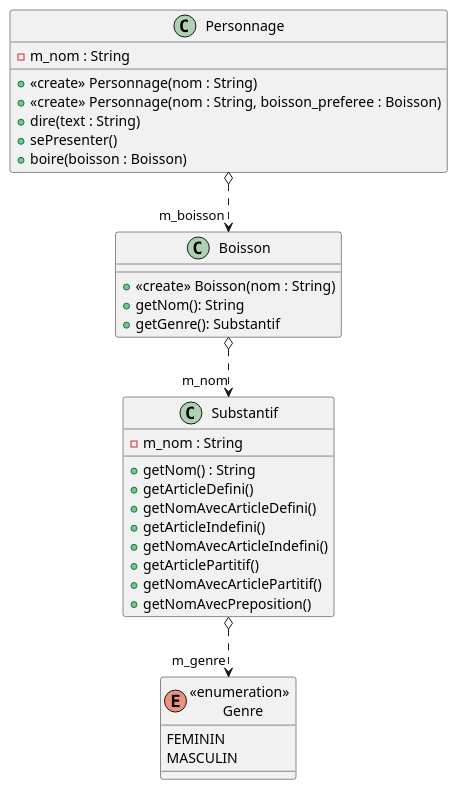
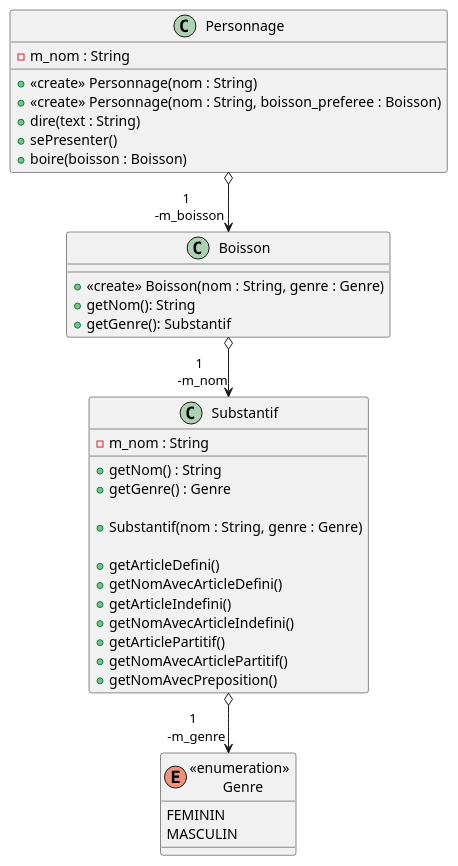
Before and after one commit to Lirobi/Projet-western: the diagram in src/Grammaire/Grammaire.puml, drawn with PlantUML.

Commit message:
update methodes (bonne version)

```diff
--- a/src/Grammaire/Grammaire.puml
+++ b/src/Grammaire/Grammaire.puml
@@ -1,46 +1,51 @@
 @startuml
 
 
-Personnage o..>"m_boisson" Boisson
-Boisson o..>"m_nom" Substantif
-Substantif o..>"m_genre" "«enumeration» \n Genre"
+Personnage o-->"1 \n -m_boisson" Boisson
+Boisson o-->"1 \n -m_nom" Substantif
+Substantif o-->"1 \n -m_genre" "«enumeration» \n Genre"
 
 enum "«enumeration» \n Genre" {
 FEMININ
 MASCULIN
 }
 
 class Substantif {
 
     - m_nom : String
     '- m_genre : Genre
+
     + getNom() : String
+    + getGenre() : Genre
+
+    + Substantif(nom : String, genre : Genre)
+
     + getArticleDefini()
     + getNomAvecArticleDefini()
     + getArticleIndefini()
     + getNomAvecArticleIndefini()
     + getArticlePartitif()
     + getNomAvecArticlePartitif()
     + getNomAvecPreposition()
 
 }
 
 class Boisson {
     '- m_nom : Substantif
 
-    + «create» Boisson(nom : String)
+    + «create» Boisson(nom : String, genre : Genre)
     + getNom(): String
     + getGenre(): Substantif
 }
 class Personnage {
     - m_nom : String
     '- m_boisson : Boisson
 
     + «create» Personnage(nom : String)
     + «create» Personnage(nom : String, boisson_preferee : Boisson)
     + dire(text : String)
     + sePresenter()
     + boire(boisson : Boisson)
 }
 
 @enduml
```
